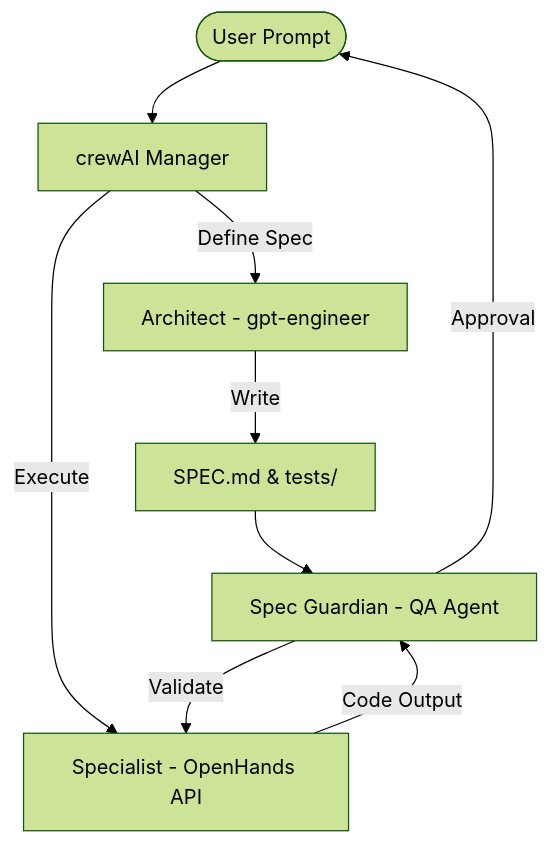
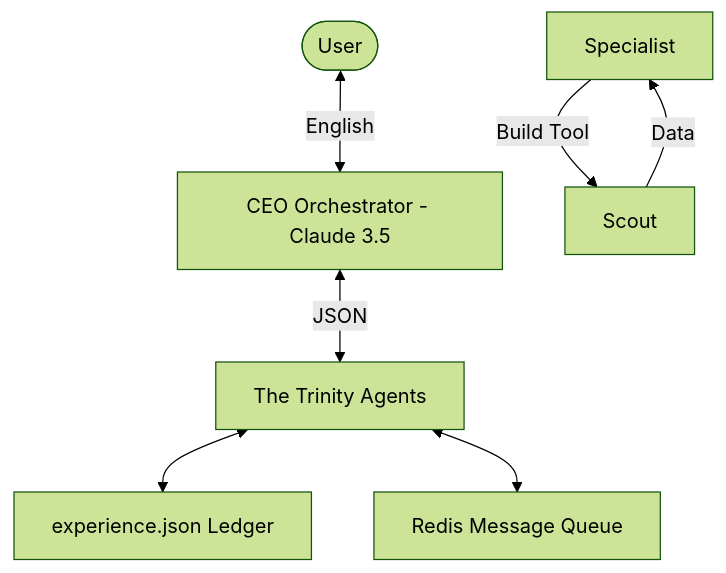
One commit to imranshiundu/AgentPrometheus changed the diagram in SYSTEM_ARCHITECTURE.md. Above: the diagram before and after it, drawn with Mermaid (forest theme). The commit also changed other lines of this file and 5 other files, not shown here.

Commit message:
V4 Hive Mind: Experience Ledger, JSON M2M, and CEO Orchestration

````diff
--- a/SYSTEM_ARCHITECTURE.md
+++ b/SYSTEM_ARCHITECTURE.md
@@ -25,13 +34,10 @@
 ```mermaid
 graph TD
-    User([User Prompt]) --> Manager[crewAI Manager]
-    Manager -->|Define Spec| Architect[Architect - gpt-engineer]
-    Architect -->|Write| SpecFile[SPEC.md & tests/]
+    User([User]) <-->|English| CEO[CEO Orchestrator - Claude 3.5]
+    CEO <-->|JSON| Trinity[The Trinity Agents]
+    Trinity <--> Memory[experience.json Ledger]
+    Trinity <--> Redis[Redis Message Queue]
     
-    Manager -->|Execute| Specialist[Specialist - OpenHands API]
-    Specialist -->|Code Output| QA[Spec Guardian - QA Agent]
-    
-    SpecFile --> QA
-    QA -->|Validate| Specialist
-    QA -->|Approval| User
+    Hephaestus[Specialist] -->|Build Tool| Hermes[Scout]
+    Hermes -->|Data| Hephaestus
 ```
````
